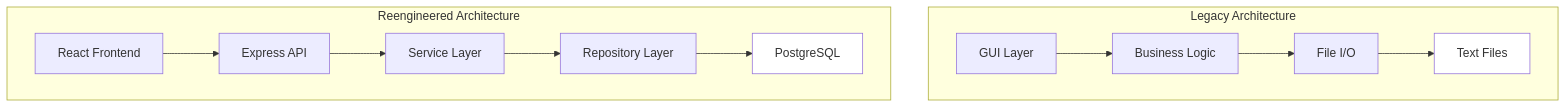
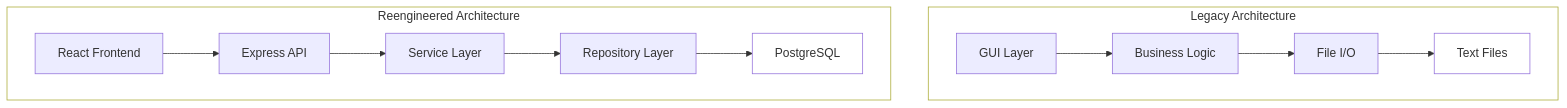
One commit to MasterOz786/Re-Engineering-POS changed diagram 23 of 23 in legacy/DIAGRAMS.md. Above: the diagram before and after it, drawn with Mermaid. The commit also changed other lines of this file, not shown here.

Commit message:
Add white background styles to all subgraphs in diagrams

````diff
--- a/legacy/DIAGRAMS.md
+++ b/legacy/DIAGRAMS.md
@@ -1342,29 +1376,31 @@
 ```mermaid
 graph TB
-    subgraph "Legacy Architecture"
+    subgraph INIT39["Legacy Architecture"]
         L1[GUI Layer]
         L2[Business Logic]
         L3[File I/O]
         L4[Text Files]
         
         L1 --> L2
         L2 --> L3
         L3 --> L4
     end
     
-    subgraph "Reengineered Architecture"
+    subgraph INIT40["Reengineered Architecture"]
         R1[React Frontend]
         R2[Express API]
         R3[Service Layer]
         R4[Repository Layer]
         R5[PostgreSQL]
         
         R1 --> R2
         R2 --> R3
         R3 --> R4
         R4 --> R5
     end
     
     style L4 fill:#ffffff
     style R5 fill:#ffffff
+    style INIT39 fill:#ffffff
+    style INIT40 fill:#ffffff
 ```
````
